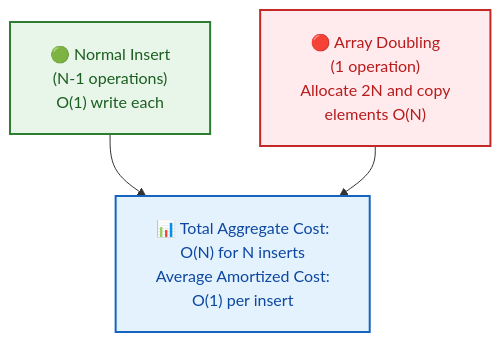
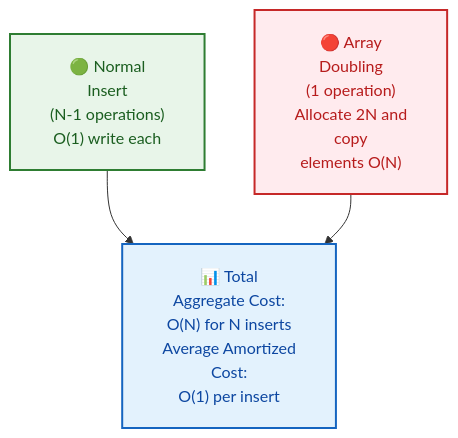
Before and after one commit to dip4k/DSA_102: the first of 5 diagrams in week_02_foundations_ii_linear_data_structures/Week_02_Visual_Concepts_Playbook_HYBRID.md, drawn with Mermaid. The commit also changed other lines of this file and 106 other files, not shown here.

First line of the commit message:
fix(mermaid): prevent text clipping with foreignObject overflow and tighter line wrapping

````diff
--- a/week_02_foundations_ii_linear_data_structures/Week_02_Visual_Concepts_Playbook_HYBRID.md
+++ b/week_02_foundations_ii_linear_data_structures/Week_02_Visual_Concepts_Playbook_HYBRID.md
@@ -133,14 +133,14 @@
 ```mermaid
-%%{init: {"flowchart": {"htmlLabels": true, "padding": 20}}}%%
+%%{init: {"flowchart": {"htmlLabels": true, "padding": 20}, "themeCSS": "foreignObject { overflow: visible !important; }"}}%%
 flowchart TD
     classDef cheap fill:#e8f5e9,stroke:#2e7d32,stroke-width:2px,color:#1b5e20
     classDef resize fill:#ffebee,stroke:#c62828,stroke-width:2px,color:#b71c1c
     classDef total fill:#e3f2fd,stroke:#1565c0,stroke-width:2px,color:#0d47a1
 
-    N1["🟢 Normal Insert<br/>(N-1 operations)<br/>O(1) write each"]:::cheap
-    N2["🔴 Array Doubling<br/>(1 operation)<br/>Allocate 2N and copy<br/>elements O(N)"]:::resize
-    TOT["📊 Total Aggregate Cost:<br/>O(N) for N inserts<br/>Average Amortized Cost:<br/>O(1) per insert"]:::total
+    N1["🟢 Normal<br/>Insert<br/>(N-1 operations)<br/>O(1) write each"]:::cheap
+    N2["🔴 Array<br/>Doubling<br/>(1 operation)<br/>Allocate 2N and<br/>copy<br/>elements O(N)"]:::resize
+    TOT["📊 Total<br/>Aggregate Cost:<br/>O(N) for N inserts<br/>Average Amortized<br/>Cost:<br/>O(1) per insert"]:::total
 
     N1 --> TOT
     N2 --> TOT
 ```
````
